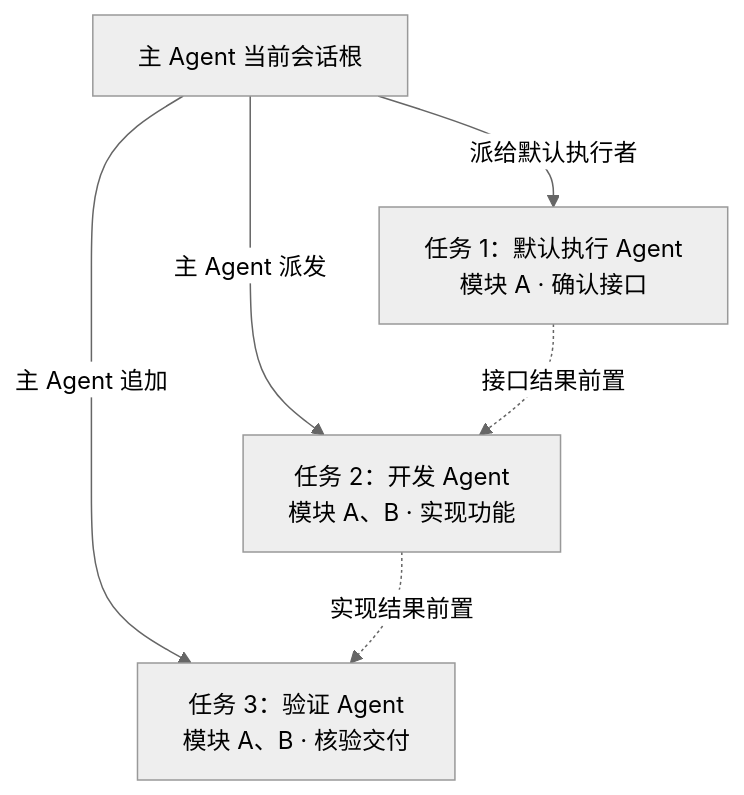
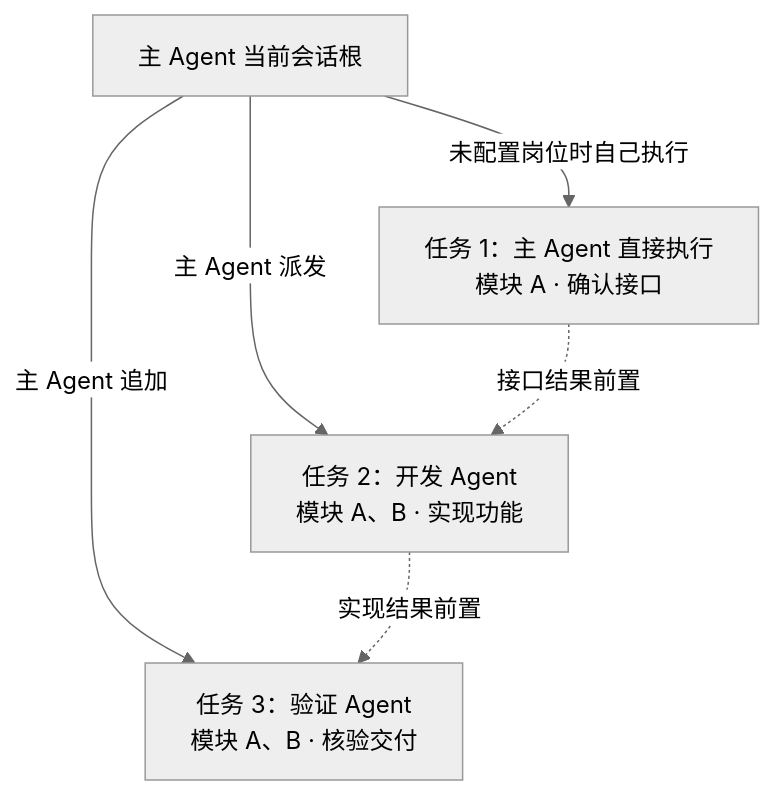
One commit to nan023062/cbim changed the diagram in docs/agent-dispatch-contract.md. Above: the diagram before and after it, drawn with Mermaid (neutral theme). The commit also changed other lines of this file and 216 other files, not shown here.

````diff
--- a/docs/agent-dispatch-contract.md
+++ b/docs/agent-dispatch-contract.md
@@ -81,12 +81,12 @@
 ```mermaid
 flowchart TD
   R[主 Agent 当前会话根]
-  T1[任务 1：默认执行 Agent\n模块 A · 确认接口]
+  T1[任务 1：主 Agent 直接执行\n模块 A · 确认接口]
   T2[任务 2：开发 Agent\n模块 A、B · 实现功能]
   T3[任务 3：验证 Agent\n模块 A、B · 核验交付]
-  R -->|派给默认执行者| T1
+  R -->|未配置岗位时自己执行| T1
   R -->|主 Agent 派发| T2
   R -->|主 Agent 追加| T3
   T1 -.->|接口结果前置| T2
   T2 -.->|实现结果前置| T3
 ```
````
